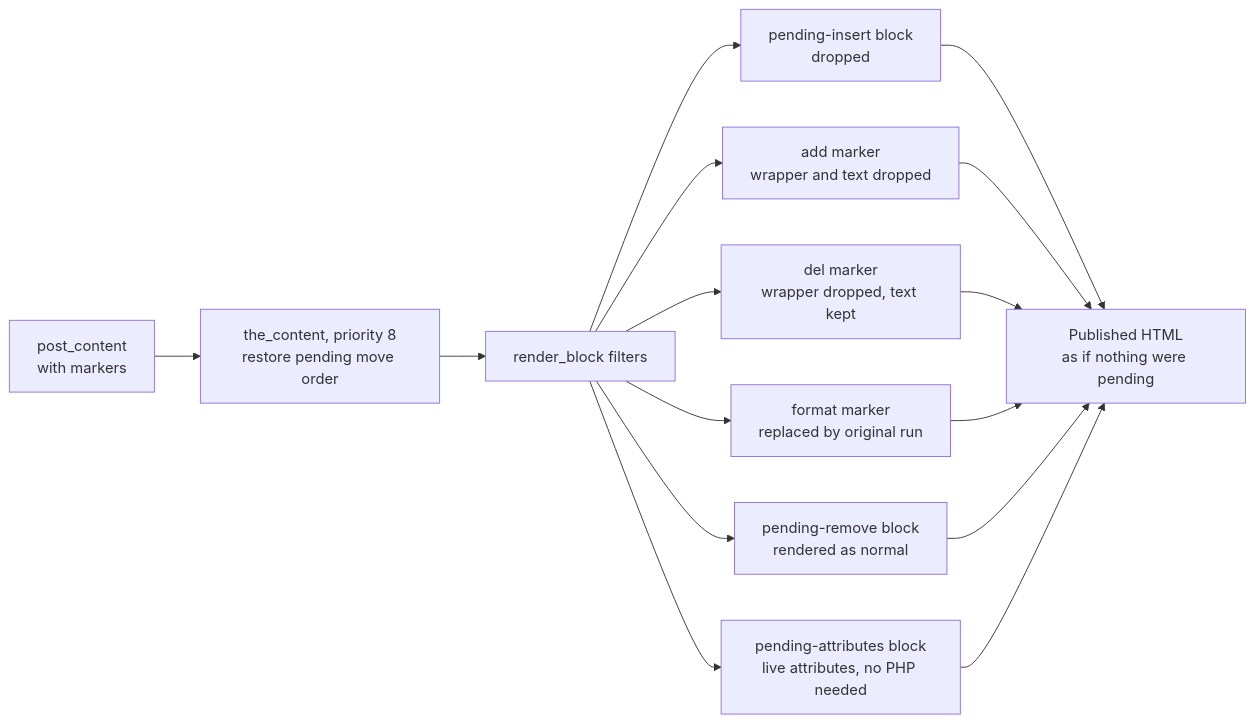
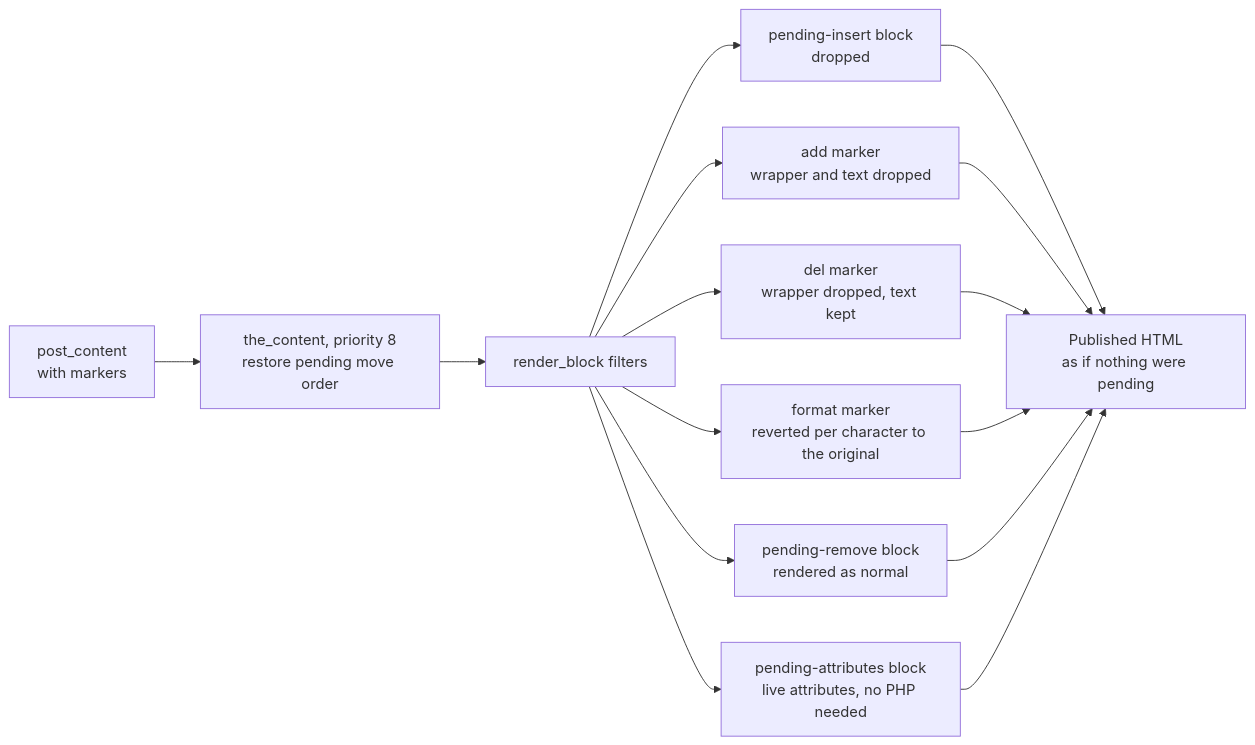
The eighth of 8 diagrams in docs/explanations/architecture/suggestions-overview.md (WordPress/gutenberg), drawn with Mermaid before and after one commit. The commit also changed other lines of this file and 1 other file, not shown here.

````diff
--- a/docs/explanations/architecture/suggestions-overview.md
+++ b/docs/explanations/architecture/suggestions-overview.md
@@ -285,12 +287,12 @@
 ```mermaid
 flowchart LR
     PC["post_content<br/>with markers"] --> TC["the_content, priority 8<br/>restore pending move order"]
     TC --> RB["render_block filters"]
     RB --> Ins["pending-insert block<br/>dropped"]
     RB --> Add["add marker<br/>wrapper and text dropped"]
     RB --> Del["del marker<br/>wrapper dropped, text kept"]
-    RB --> Fmt["format marker<br/>replaced by original run"]
+    RB --> Fmt["format marker<br/>reverted per character to the original"]
     RB --> Rem["pending-remove block<br/>rendered as normal"]
     RB --> Att["pending-attributes block<br/>live attributes, no PHP needed"]
     Ins & Add & Del & Fmt & Rem & Att --> Out["Published HTML<br/>as if nothing were pending"]
 ```
````
